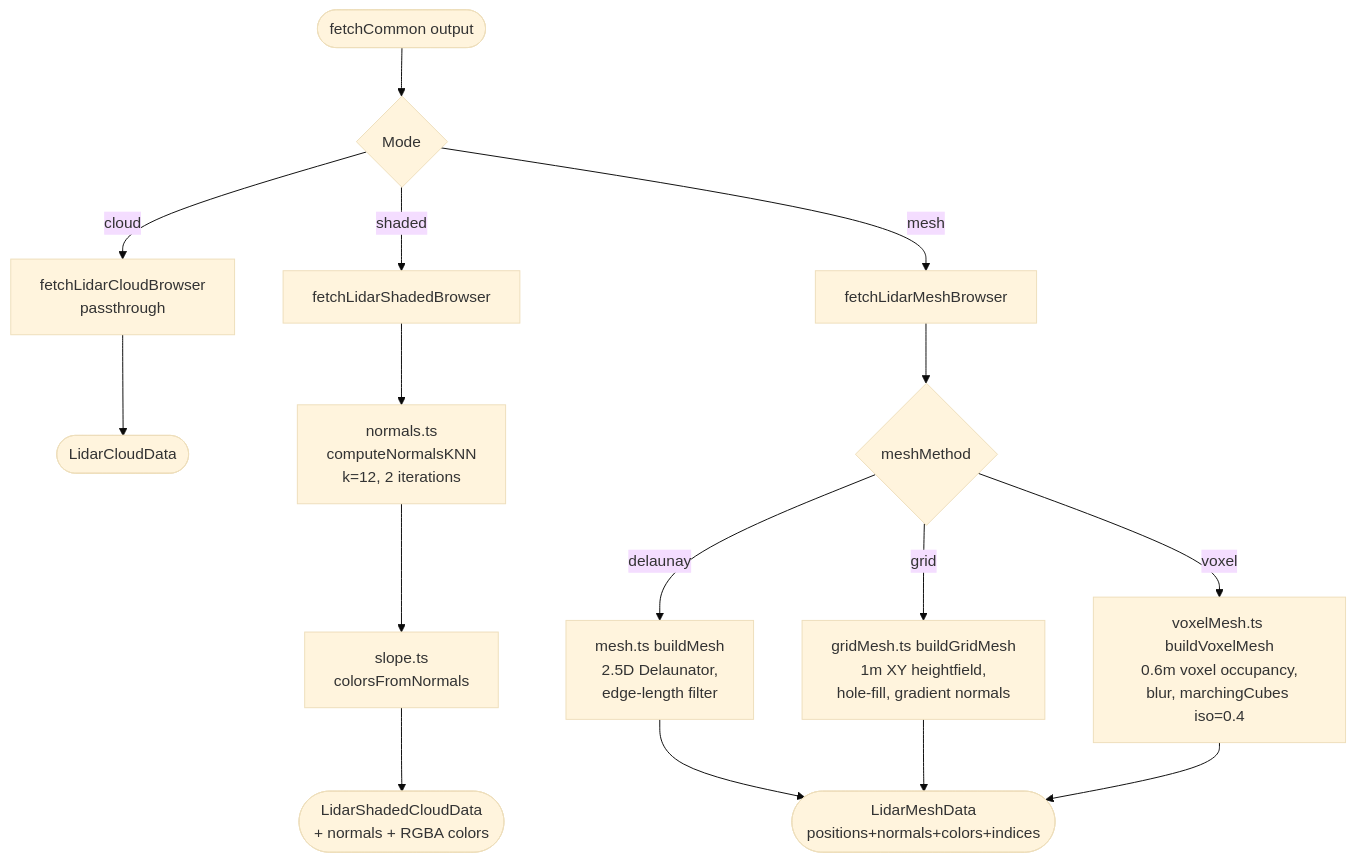
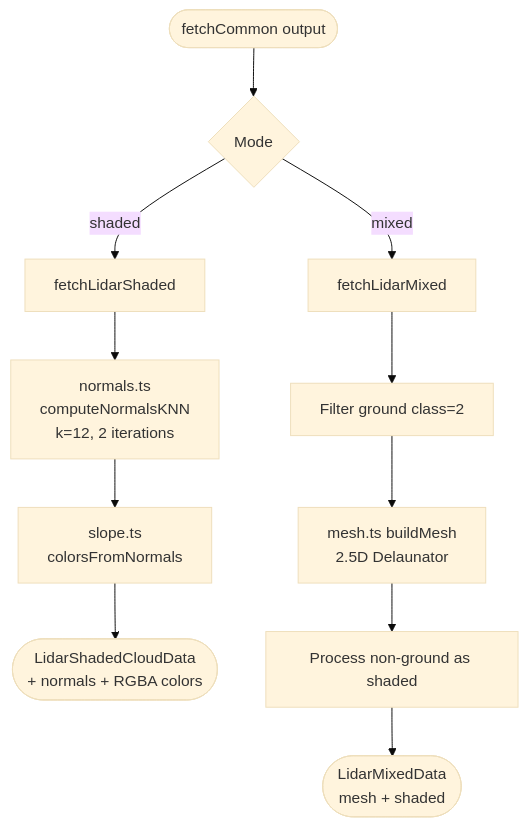
The fifth of 8 diagrams in docs/LIDAR_PIPELINE.md (Plonk42/open-cairn), drawn with Mermaid (base theme) before and after one commit. The commit also changed other lines of this file and 19 other files, not shown here.

First line of the commit message:
refactor(lidar): simplify to browser-only pipeline with shaded/mixed modes

````diff
--- a/docs/LIDAR_PIPELINE.md
+++ b/docs/LIDAR_PIPELINE.md
@@ -125,20 +120,15 @@
 ```mermaid
 flowchart TD
     F([fetchCommon output]) --> K{Mode}
-    K -->|cloud| C[fetchLidarCloudBrowser<br/>passthrough]
-    C --> CO([LidarCloudData])
 
-    K -->|shaded| S[fetchLidarShadedBrowser]
+    K -->|shaded| S[fetchLidarShaded]
     S --> S1[normals.ts<br/>computeNormalsKNN<br/>k=12, 2 iterations]
     S1 --> S2[slope.ts<br/>colorsFromNormals]
     S2 --> SO([LidarShadedCloudData<br/>+ normals + RGBA colors])
 
-    K -->|mesh| M[fetchLidarMeshBrowser]
-    M --> MM{meshMethod}
-    MM -->|delaunay| MD[mesh.ts buildMesh<br/>2.5D Delaunator,<br/>edge-length filter]
-    MM -->|grid| MG[gridMesh.ts buildGridMesh<br/>1m XY heightfield,<br/>hole-fill, gradient normals]
-    MM -->|voxel| MV[voxelMesh.ts buildVoxelMesh<br/>0.6m voxel occupancy,<br/>blur, marchingCubes iso=0.4]
-    MD --> MO
-    MG --> MO
-    MV --> MO([LidarMeshData<br/>positions+normals+colors+indices])
+    K -->|mixed| M[fetchLidarMixed]
+    M --> M1[Filter ground class=2]
+    M1 --> M2[mesh.ts buildMesh<br/>2.5D Delaunator]
+    M2 --> M3[Process non-ground as shaded]
+    M3 --> MO([LidarMixedData<br/>mesh + shaded])
 ```
````
